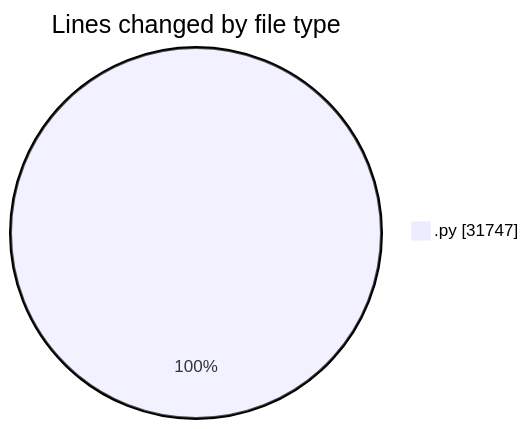
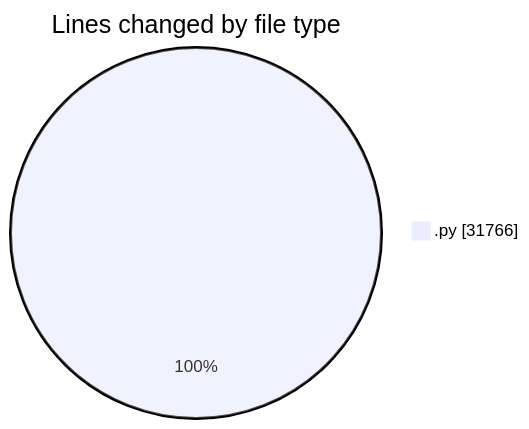
Before and after one commit to julien-gomy/code-tracking: the first of 2 diagrams in 2025-11-14/eventscop-api-guide__workspace_/README.md, drawn with Mermaid. The commit also changed other lines of this file and 1 other file, not shown here.

````diff
--- a/2025-11-14/eventscop-api-guide__workspace_/README.md
+++ b/2025-11-14/eventscop-api-guide__workspace_/README.md
@@ -28,5 +28,5 @@
 ```mermaid
 pie showData
 title Lines changed by file type
-".py" : 31747
+".py" : 31766
 ```
````
